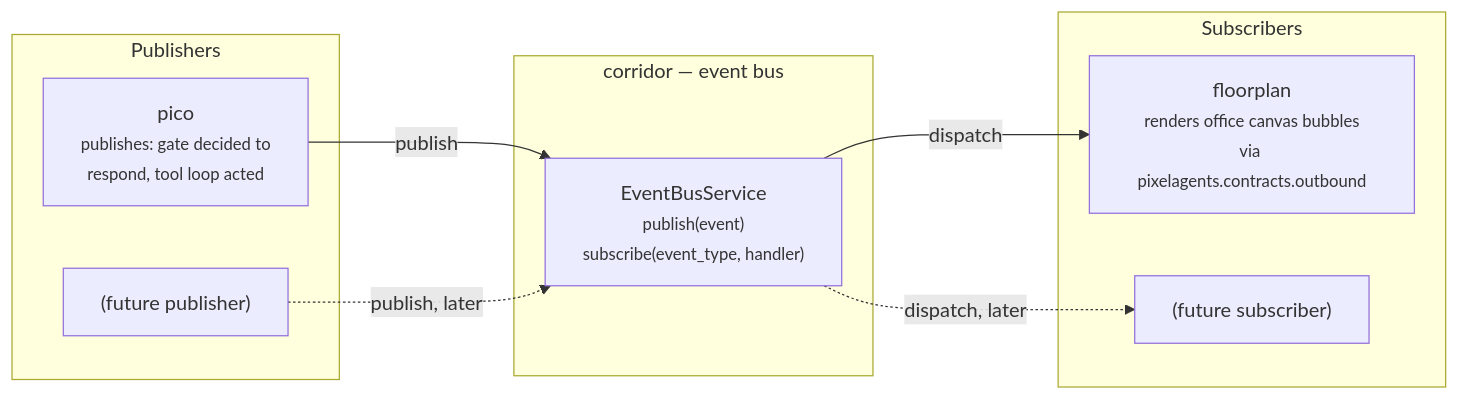
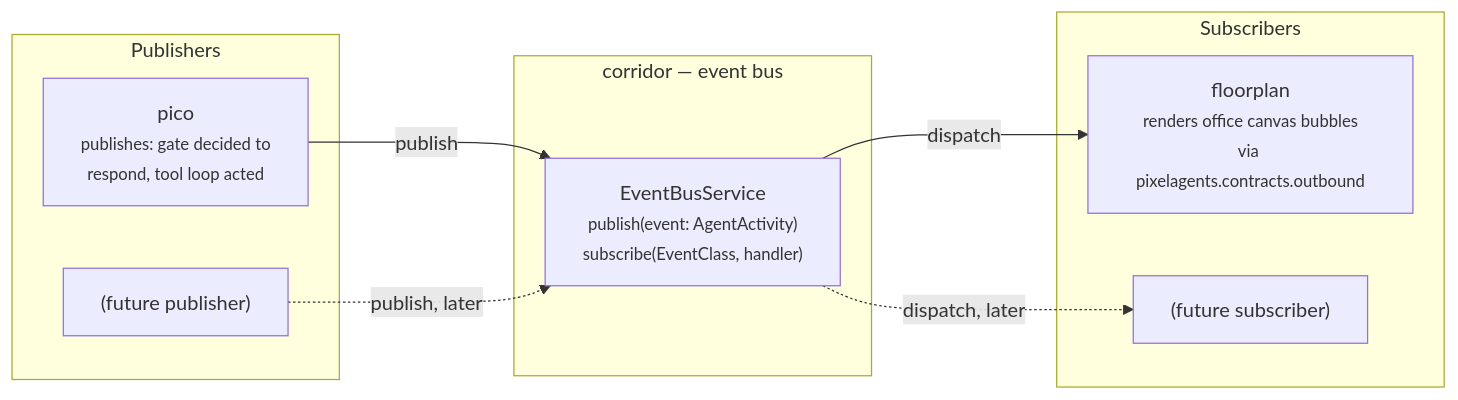
The first of 4 diagrams in docs/corridor-pubsub-design.md (pixel-agents-hq/pixel-agents-cogs), drawn with Mermaid before and after one commit. The commit also changed other lines of this file, not shown here.

First line of the commit message:
docs: rework pubsub domain model as a closed set of agent dataclasses

````diff
--- a/docs/corridor-pubsub-design.md
+++ b/docs/corridor-pubsub-design.md
@@ -82,21 +82,21 @@
 ```mermaid
 flowchart LR
     subgraph Publishers["Publishers"]
         pico["pico<br/><small>publishes: gate decided to<br/>respond, tool loop acted</small>"]
         pub_future["(future publisher)"]
     end
 
     subgraph corridor_bus["corridor — event bus"]
-        bus["EventBusService<br/><small>publish(event)<br/>subscribe(event_type, handler)</small>"]
+        bus["EventBusService<br/><small>publish(event: AgentActivity)<br/>subscribe(EventClass, handler)</small>"]
     end
 
     subgraph Subscribers["Subscribers"]
         floorplan["floorplan<br/><small>renders office canvas bubbles<br/>via pixelagents.contracts.outbound</small>"]
         sub_future["(future subscriber)"]
     end
 
     pico -->|publish| bus
     pub_future -.->|publish, later| bus
     bus -->|dispatch| floorplan
     bus -.->|dispatch, later| sub_future
 ```
````
